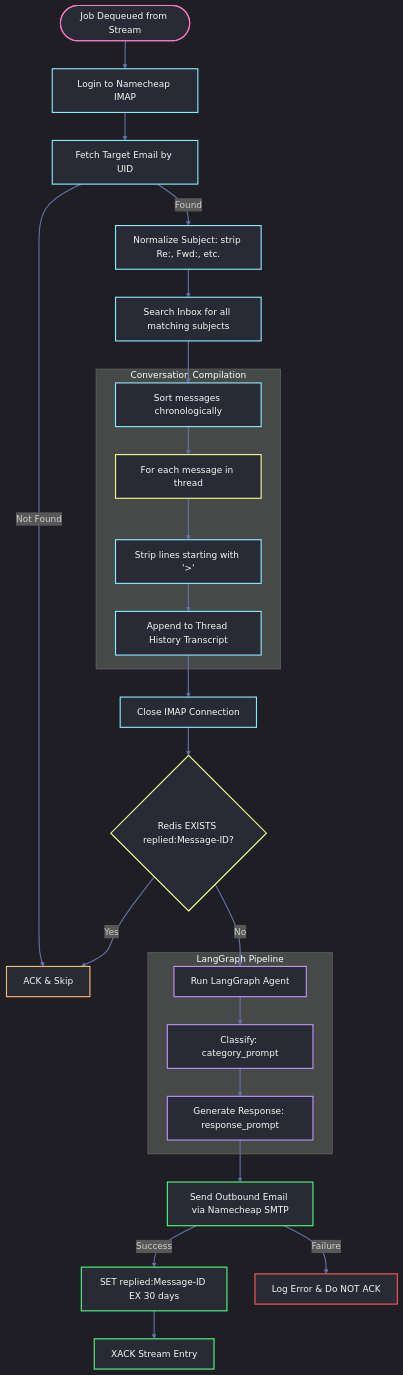
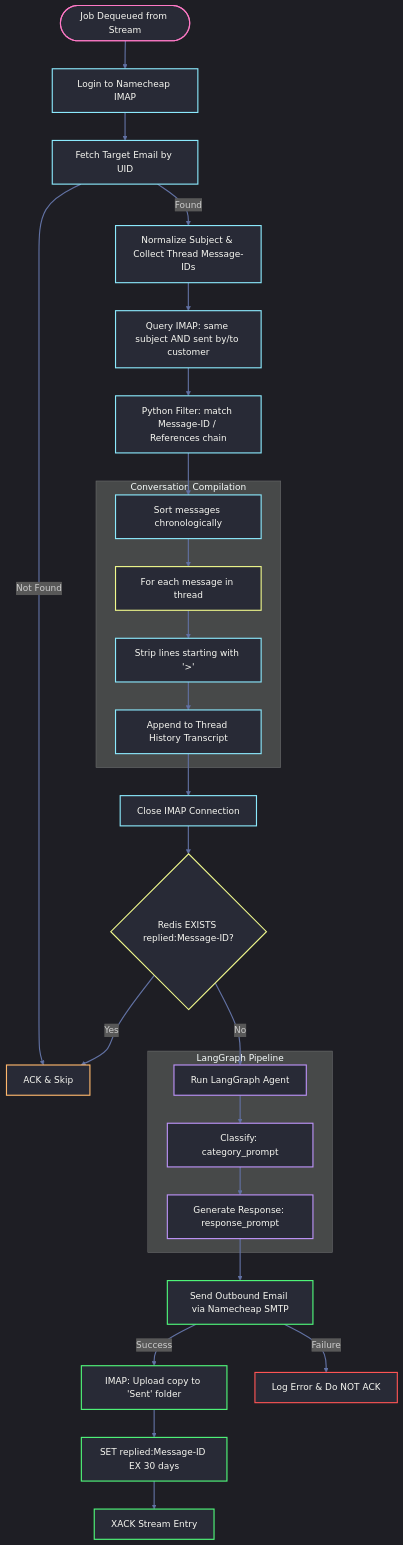
The first of 2 diagrams in apps/worker/explanation.md (selvakumarperumal/Customer_Complaint_Responder), drawn with Mermaid before and after one commit. The commit also changed other lines of this file and 4 other files, not shown here.

Commit message:
fix: implement proper reply headers, IMAP Sent folder copy, and RFC threading filtering

````diff
--- a/apps/worker/explanation.md
+++ b/apps/worker/explanation.md
@@ -11,54 +11,56 @@
 ```mermaid
 %%{init: {
   'theme': 'dark',
   'themeVariables': {
     'background': '#282a36',
     'primaryColor': '#282a36',
     'primaryTextColor': '#f8f8f2',
     'lineColor': '#6272a4'
   }
 }}%%
 graph TD
     classDef startEnd fill:#282a36,stroke:#ff79c6,stroke-width:2px,color:#f8f8f2;
     classDef process fill:#282a36,stroke:#8be9fd,stroke-width:2px,color:#f8f8f2;
     classDef success fill:#282a36,stroke:#50fa7b,stroke-width:2px,color:#f8f8f2;
     classDef decision fill:#282a36,stroke:#f1fa8c,stroke-width:2px,color:#f8f8f2;
     classDef waitState fill:#282a36,stroke:#ffb86c,stroke-width:2px,color:#f8f8f2;
     classDef errorState fill:#282a36,stroke:#ff5555,stroke-width:2px,color:#f8f8f2;
     classDef agentState fill:#282a36,stroke:#bd93f9,stroke-width:2px,color:#f8f8f2;
 
     Start([Job Dequeued from Stream]):::startEnd --> LoginIMAP[Login to Namecheap IMAP]:::process
     LoginIMAP --> FetchTarget[Fetch Target Email by UID]:::process
     
     FetchTarget -->|Not Found| AckSkip[ACK & Skip]:::waitState
     
-    FetchTarget -->|Found| Normalize[Normalize Subject: strip Re:, Fwd:, etc.]:::process
-    Normalize --> SearchThread[Search Inbox for all matching subjects]:::process
-    SearchThread --> SortChron[Sort messages chronologically]:::process
+    FetchTarget -->|Found| Normalize[Normalize Subject & Collect Thread Message-IDs]:::process
+    Normalize --> QueryCandidates[Query IMAP: same subject AND sent by/to customer]:::process
+    QueryCandidates --> FilterChain[Python Filter: match Message-ID / References chain]:::process
+    FilterChain --> SortChron[Sort messages chronologically]:::process
     
     subgraph Conversation Compilation
         SortChron --> LoopMsgs[For each message in thread]:::decision
         LoopMsgs --> StripQuotes[Strip lines starting with '>']:::process
         StripQuotes --> FormatTranscript[Append to Thread History Transcript]:::process
     end
     
     FormatTranscript --> CloseIMAP[Close IMAP Connection]:::process
     
     CloseIMAP --> CheckDedupe{Redis EXISTS replied:Message-ID?}:::decision
     CheckDedupe -->|Yes| AckSkip
     CheckDedupe -->|No| RunAgent[Run LangGraph Agent]:::agentState
     
     subgraph LangGraph Pipeline
         RunAgent --> Classify[Classify: category_prompt]:::agentState
         Classify --> Generate[Generate Response: response_prompt]:::agentState
     end
     
     Generate --> SendSMTP[Send Outbound Email via Namecheap SMTP]:::success
     
-    SendSMTP -->|Success| SaveDedupe[SET replied:Message-ID EX 30 days]:::success
+    SendSMTP -->|Success| CopySent[IMAP: Upload copy to 'Sent' folder]:::success
+    CopySent --> SaveDedupe[SET replied:Message-ID EX 30 days]:::success
     SaveDedupe --> ACK[XACK Stream Entry]:::success
     
     SendSMTP -->|Failure| LogError[Log Error & Do NOT ACK]:::errorState
 
     linkStyle default stroke:#6272a4,stroke-width:2px;
 ```
````
